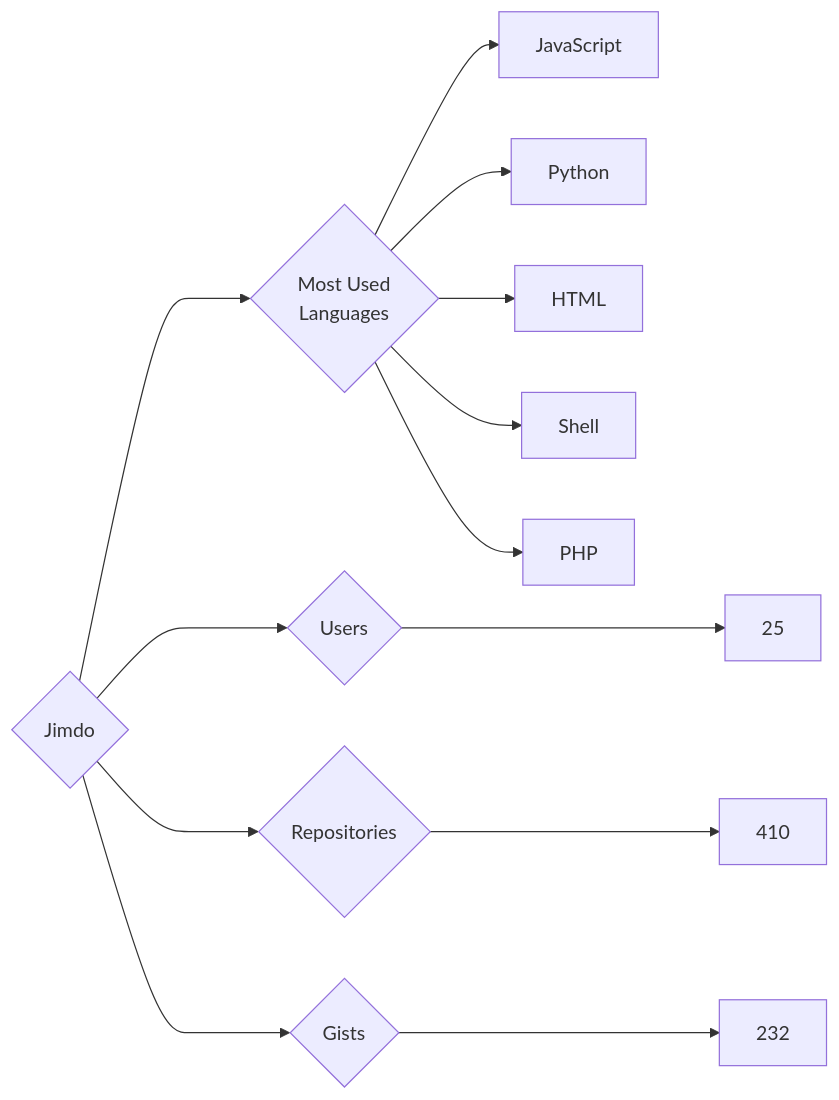
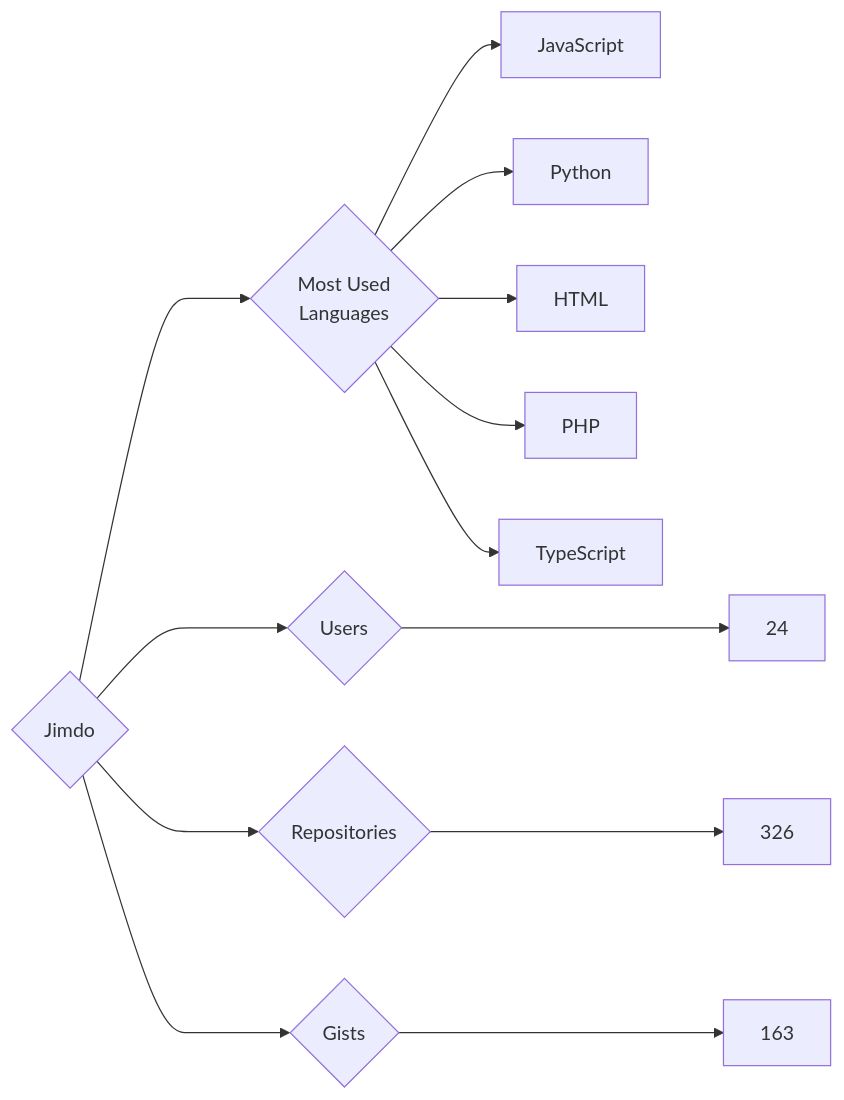
The diagram in targets/Jimdo/README.md (trickest/insiders), drawn with Mermaid before and after one commit. The commit also changed 720 other files, not shown here.

````diff
--- a/targets/Jimdo/README.md
+++ b/targets/Jimdo/README.md
@@ -3,13 +3,13 @@
 ```mermaid
 graph LR
 COMPANY_NAME{Jimdo}
-COMPANY_NAME ---> U{Users} ---> UN[25]
-COMPANY_NAME ---> R{Repositories} ---> RN[410]
-COMPANY_NAME ---> G{Gists} ---> GN[232]
+COMPANY_NAME ---> U{Users} ---> UN[24]
+COMPANY_NAME ---> R{Repositories} ---> RN[326]
+COMPANY_NAME ---> G{Gists} ---> GN[163]
 COMPANY_NAME ---> ML{Most Used<br>Languages}
 ML --> JavaScript[JavaScript]
 ML --> Python[Python]
 ML --> HTML[HTML]
-ML --> Shell[Shell]
 ML --> PHP[PHP]
+ML --> TypeScript[TypeScript]
 ```
````
